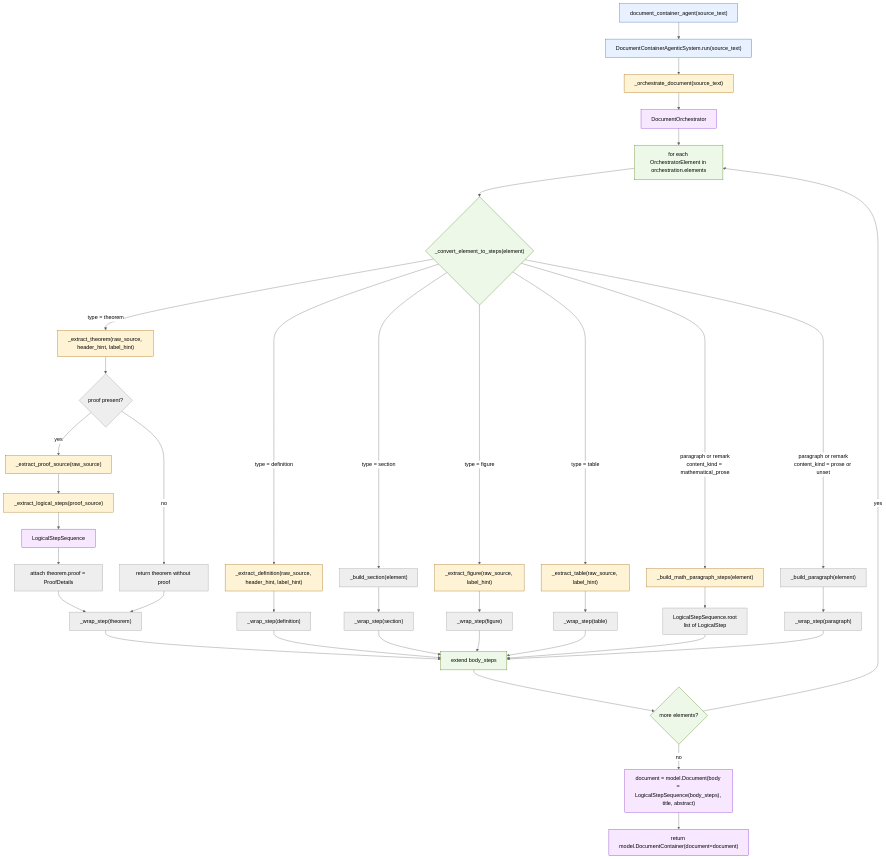
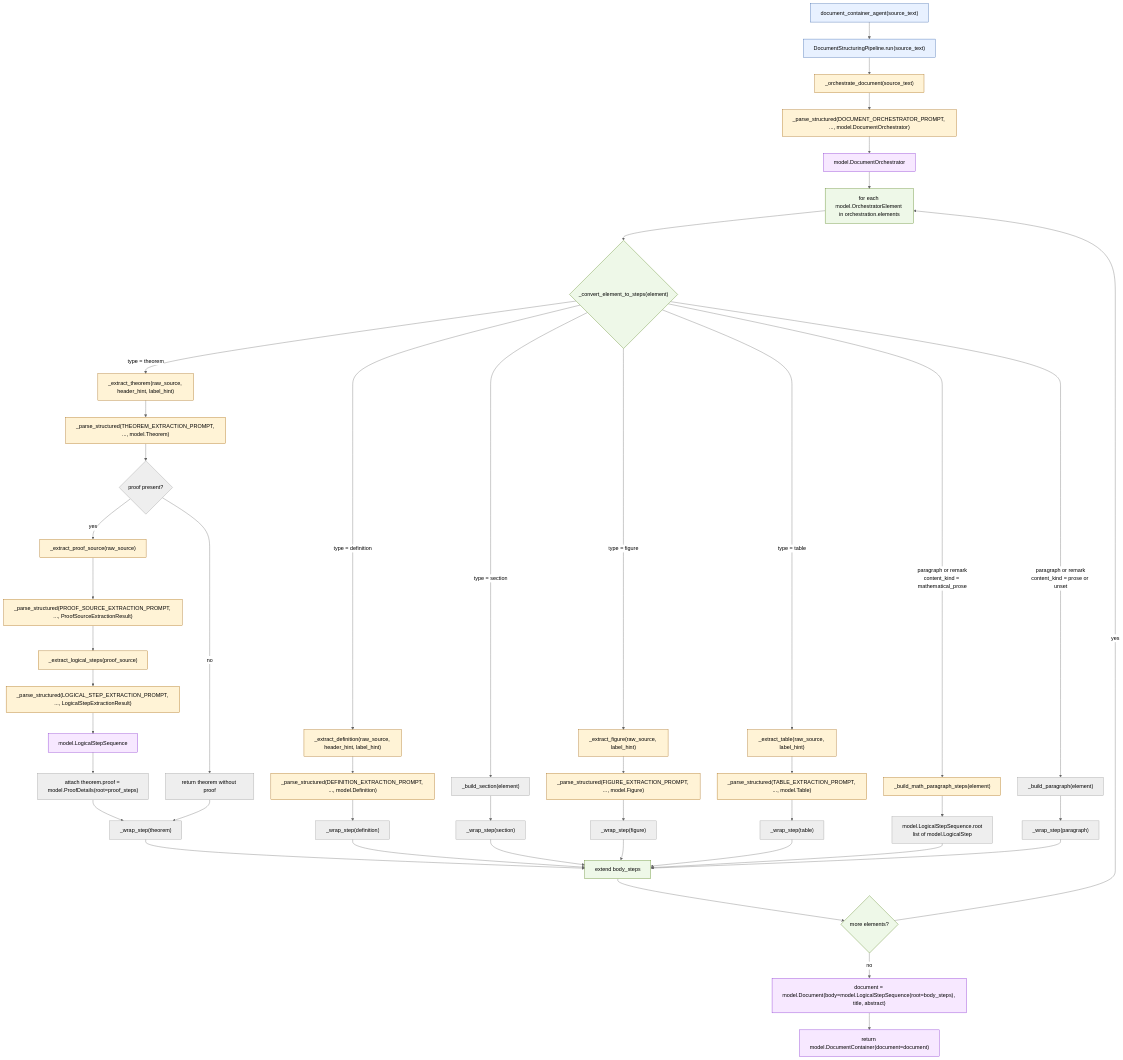
Before and after one commit to Mal-Pat/LeanAide: the diagram in json_agent/document_container_agentic_loop.md, drawn with Mermaid (neutral theme). The commit also changed other lines of this file and 8 other files, not shown here.

````diff
--- a/json_agent/document_container_agentic_loop.md
+++ b/json_agent/document_container_agentic_loop.md
@@ -5,56 +5,63 @@
 ```mermaid
 flowchart TD
-    A["document_container_agent(source_text)"] --> B["DocumentContainerAgenticSystem.run(source_text)"]
+    A["document_container_agent(source_text)"] --> B["DocumentStructuringPipeline.run(source_text)"]
     B --> C["_orchestrate_document(source_text)"]
-    C --> D["DocumentOrchestrator"]
-    D --> E["for each OrchestratorElement in orchestration.elements"]
+    C --> C1["_parse_structured(DOCUMENT_ORCHESTRATOR_PROMPT, ..., model.DocumentOrchestrator)"]
+    C1 --> D["model.DocumentOrchestrator"]
+    D --> E["for each model.OrchestratorElement in orchestration.elements"]
 
     E --> F{"_convert_element_to_steps(element)"}
 
     F -->|type = theorem| G["_extract_theorem(raw_source, header_hint, label_hint)"]
     F -->|type = definition| H["_extract_definition(raw_source, header_hint, label_hint)"]
     F -->|type = section| I["_build_section(element)"]
     F -->|type = figure| J["_extract_figure(raw_source, label_hint)"]
     F -->|type = table| K["_extract_table(raw_source, label_hint)"]
     F -->|"paragraph or remark<br/>content_kind = mathematical_prose"| L["_build_math_paragraph_steps(element)"]
     F -->|"paragraph or remark<br/>content_kind = prose or unset"| M["_build_paragraph(element)"]
 
-    G --> N{"proof present?"}
+    G --> G1["_parse_structured(THEOREM_EXTRACTION_PROMPT, ..., model.Theorem)"]
+    G1 --> N{"proof present?"}
     N -->|yes| O["_extract_proof_source(raw_source)"]
-    O --> P["_extract_logical_steps(proof_source)"]
-    P --> Q["LogicalStepSequence"]
-    Q --> R["attach theorem.proof = ProofDetails"]
+    O --> O1["_parse_structured(PROOF_SOURCE_EXTRACTION_PROMPT, ..., ProofSourceExtractionResult)"]
+    O1 --> P["_extract_logical_steps(proof_source)"]
+    P --> P1["_parse_structured(LOGICAL_STEP_EXTRACTION_PROMPT, ..., LogicalStepExtractionResult)"]
+    P1 --> Q["model.LogicalStepSequence"]
+    Q --> R["attach theorem.proof = model.ProofDetails(root=proof_steps)"]
     N -->|no| S["return theorem without proof"]
     R --> T["_wrap_step(theorem)"]
     S --> T
 
-    H --> U["_wrap_step(definition)"]
+    H --> H1["_parse_structured(DEFINITION_EXTRACTION_PROMPT, ..., model.Definition)"]
+    H1 --> U["_wrap_step(definition)"]
     I --> V["_wrap_step(section)"]
-    J --> W["_wrap_step(figure)"]
-    K --> X["_wrap_step(table)"]
-    L --> Y["LogicalStepSequence.root<br/>list of LogicalStep"]
+    J --> J1["_parse_structured(FIGURE_EXTRACTION_PROMPT, ..., model.Figure)"]
+    J1 --> W["_wrap_step(figure)"]
+    K --> K1["_parse_structured(TABLE_EXTRACTION_PROMPT, ..., model.Table)"]
+    K1 --> X["_wrap_step(table)"]
+    L --> Y["model.LogicalStepSequence.root<br/>list of model.LogicalStep"]
     M --> Z["_wrap_step(paragraph)"]
 
     T --> AA["extend body_steps"]
     U --> AA
     V --> AA
     W --> AA
     X --> AA
     Y --> AA
     Z --> AA
 
     AA --> AB{"more elements?"}
     AB -->|yes| E
-    AB -->|no| AC["document = model.Document(body = LogicalStepSequence(body_steps), title, abstract)"]
+    AB -->|no| AC["document = model.Document(body=model.LogicalStepSequence(root=body_steps), title, abstract)"]
     AC --> AD["return model.DocumentContainer(document=document)"]
 
     classDef entry fill:#e8f1ff,stroke:#2f5ea8,stroke-width:1px;
     classDef loop fill:#eef8e8,stroke:#4d7c0f,stroke-width:1px;
     classDef llm fill:#fff3d6,stroke:#a16207,stroke-width:1px;
     classDef output fill:#f7e8ff,stroke:#7e22ce,stroke-width:1px;
 
     class A,B entry;
     class E,F,AA,AB loop;
-    class C,G,H,J,K,L,O,P llm;
+    class C,C1,G,G1,H,H1,J,J1,K,K1,L,O,O1,P,P1 llm;
     class D,Q,AC,AD output;
 ```
````
